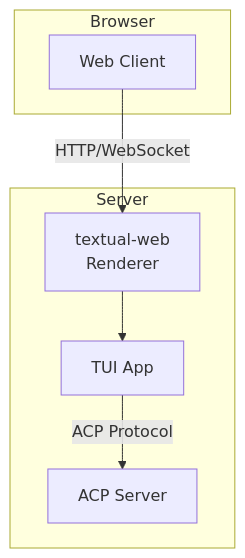
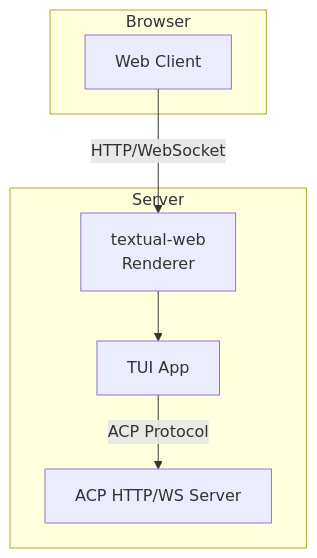
One commit to pese-git/acp-workspace changed the diagram in doc/product/user-guide/02-web-client.md. Above: the diagram before and after it, drawn with Mermaid. The commit also changed 4 other files, not shown here.

````diff
--- a/doc/product/user-guide/02-web-client.md
+++ b/doc/product/user-guide/02-web-client.md
@@ -50,16 +50,16 @@
 ```mermaid
 graph TB
     subgraph "Browser"
         WebApp[Web Client]
     end
     
     subgraph "Server"
         TextualWeb[textual-web<br/>Renderer]
         TUIApp[TUI App]
-        ACPServer[ACP Server]
+        ACPHttpServer[ACP HTTP/WS Server]
     end
     
     WebApp -->|HTTP/WebSocket| TextualWeb
     TextualWeb --> TUIApp
-    TUIApp -->|ACP Protocol| ACPServer
+    TUIApp -->|ACP Protocol| ACPHttpServer
 ```
````
